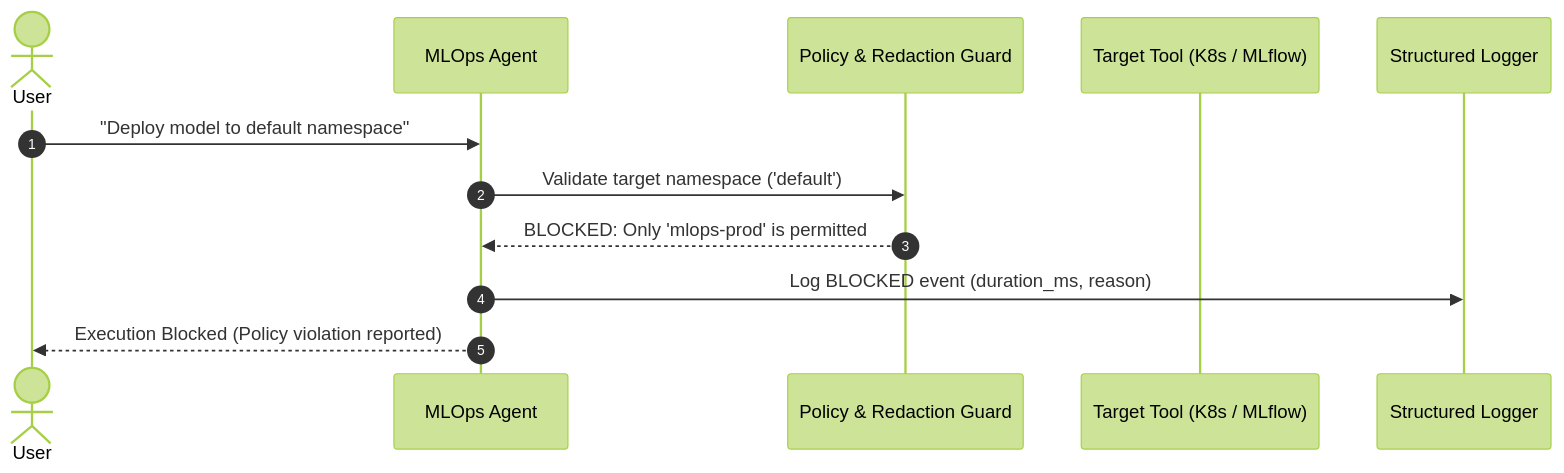
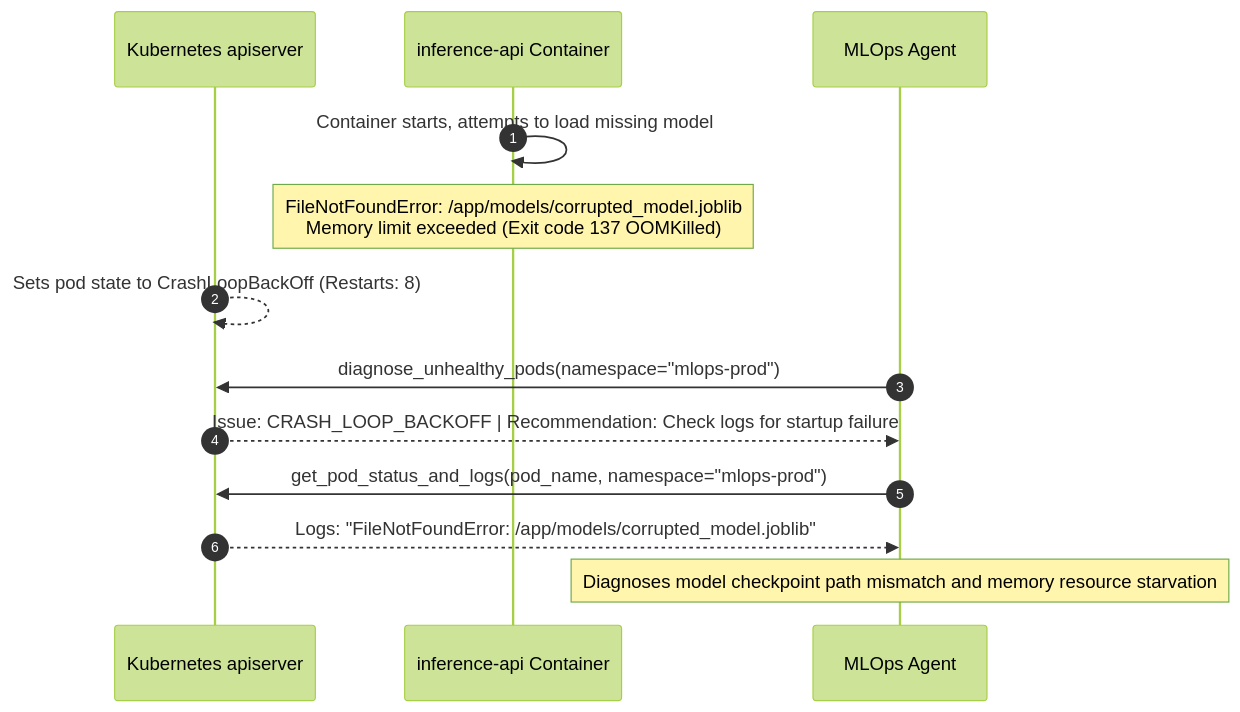
Before and after one commit to NaveedAhmed5/ml-agent: the third of 3 diagrams in architecture.md, drawn with Mermaid (forest theme). The commit also changed other lines of this file and 24 other files, not shown here.

Commit message:
feat: add MLOps AI agent implementation, CI workflow, failure injection, and test suite

````diff
--- a/architecture.md
+++ b/architecture.md
@@ -75,15 +296,18 @@
 ```mermaid
 sequenceDiagram
     autonumber
-    actor User
+    participant K8s as Kubernetes apiserver
+    participant Pod as inference-api Container
     participant Agent as MLOps Agent
-    participant Guard as Policy & Redaction Guard
-    participant Tool as Target Tool (K8s / MLflow)
-    participant Log as Structured Logger
 
-    User->>Agent: "Deploy model to default namespace"
-    Agent->>Guard: Validate target namespace ('default')
-    Guard-->>Agent: BLOCKED: Only 'mlops-prod' is permitted
-    Agent->>Log: Log BLOCKED event (duration_ms, reason)
-    Agent-->>User: Execution Blocked (Policy violation reported)
+    Pod->>Pod: Container starts, attempts to load missing model
+    Note over Pod: FileNotFoundError: /app/models/corrupted_model.joblib<br/>Memory limit exceeded (Exit code 137 OOMKilled)
+    K8s-->>K8s: Sets pod state to CrashLoopBackOff (Restarts: 8)
+
+    Agent->>K8s: diagnose_unhealthy_pods(namespace="mlops-prod")
+    K8s-->>Agent: Issue: CRASH_LOOP_BACKOFF | Recommendation: Check logs for startup failure
+    
+    Agent->>K8s: get_pod_status_and_logs(pod_name, namespace="mlops-prod")
+    K8s-->>Agent: Logs: "FileNotFoundError: /app/models/corrupted_model.joblib"
+    Note over Agent: Diagnoses model checkpoint path mismatch and memory resource starvation
 ```
````
